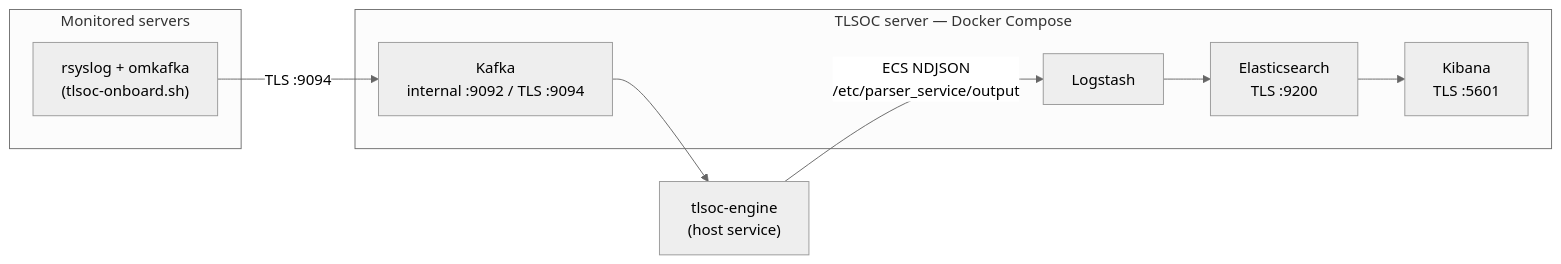
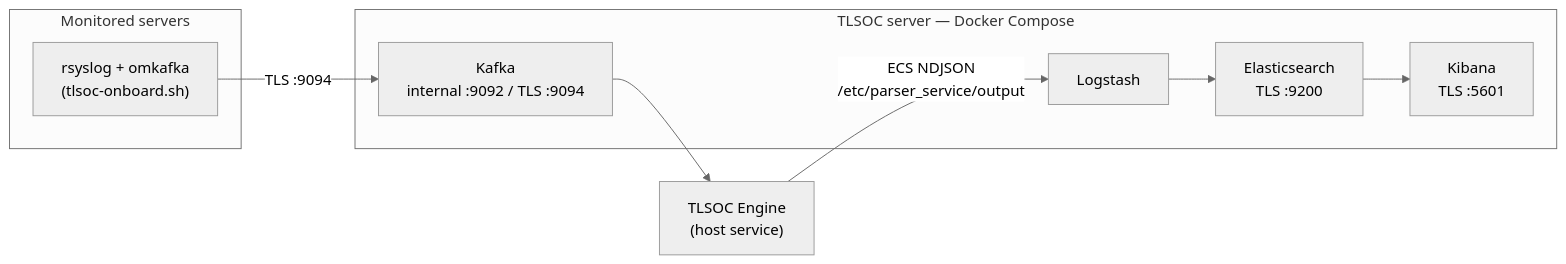
Before and after one commit to sankettaware16/TLSOCDockerDeploy: the diagram in README.md, drawn with Mermaid (neutral theme). The commit also changed other lines of this file and 8 other files, not shown here.

````diff
--- a/README.md
+++ b/README.md
@@ -66,17 +66,17 @@
 ```mermaid
 flowchart LR
     subgraph src["Monitored servers"]
         RS["rsyslog + omkafka<br/>(tlsoc-onboard.sh)"]
     end
     subgraph host["TLSOC server — Docker Compose"]
         K["Kafka<br/>internal :9092 / TLS :9094"]
         LS["Logstash"]
         ES["Elasticsearch<br/>TLS :9200"]
         KB["Kibana<br/>TLS :5601"]
     end
-    ENG["tlsoc-engine<br/>(host service)"]
+    ENG["TLSOC Engine<br/>(host service)"]
     RS -- "TLS :9094" --> K
     K --> ENG
     ENG -- "ECS NDJSON<br/>/etc/parser_service/output" --> LS
     LS --> ES --> KB
 ```
````
